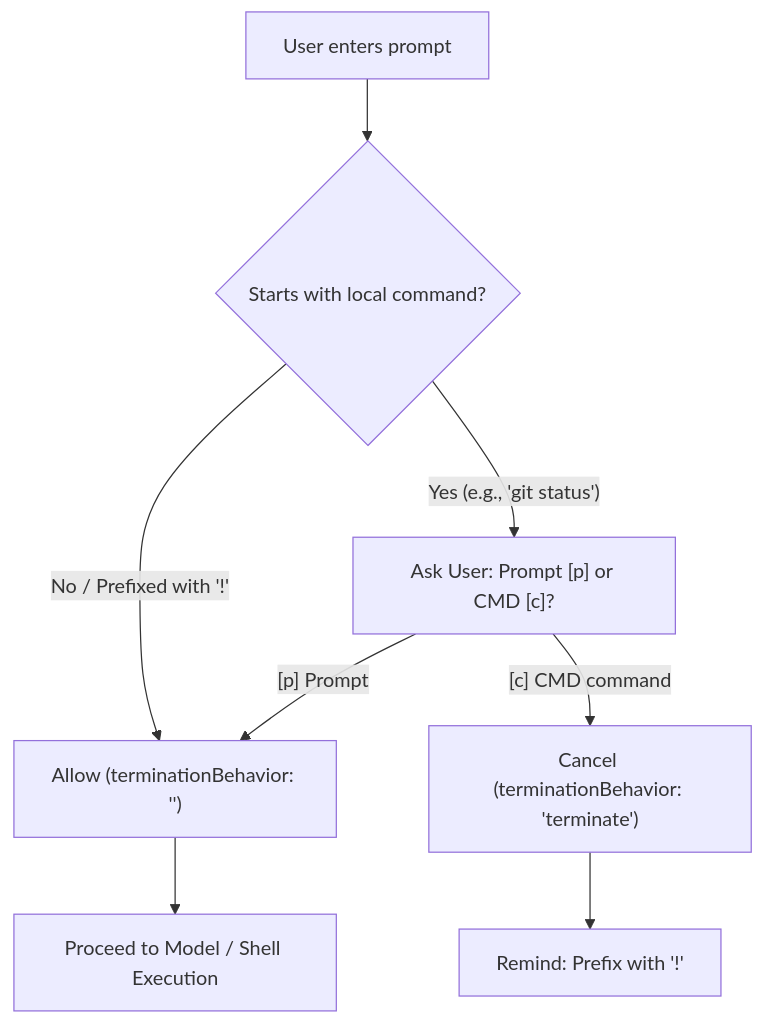
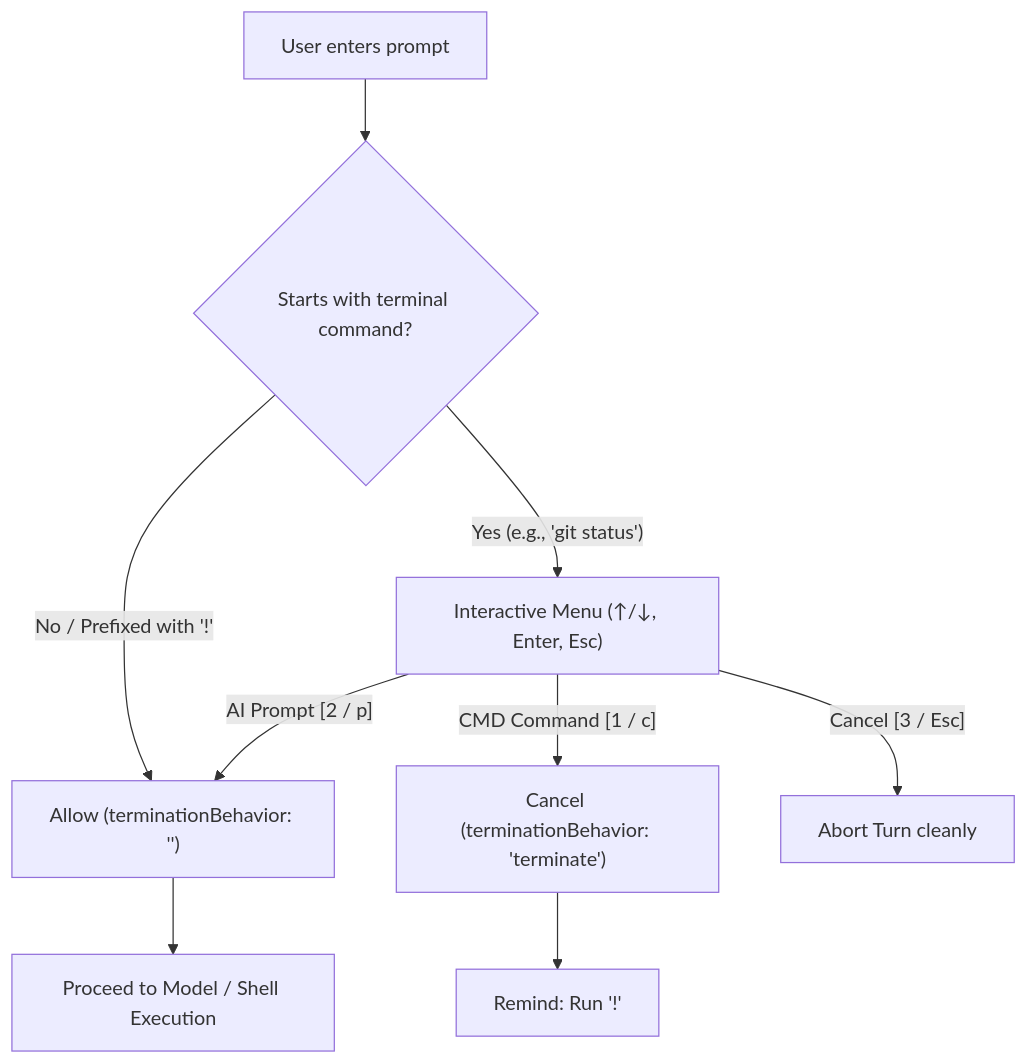
Before and after one commit to adublanche/antigravity-bash-guard: the diagram in README.md, drawn with Mermaid. The commit also changed other lines of this file and 1 other file, not shown here.

Commit message:
feat: implement interactive arrow-key selector with Enter and Escape navigation

````diff
--- a/README.md
+++ b/README.md
@@ -50,8 +53,9 @@
 ```mermaid
 flowchart TD
-    A[User enters prompt] --> B{Starts with local command?}
+    A[User enters prompt] --> B{Starts with terminal command?}
     B -- "No / Prefixed with '!'" --> C["Allow (terminationBehavior: '')"] --> D[Proceed to Model / Shell Execution]
-    B -- "Yes (e.g., 'git status')" --> E["Ask User: Prompt [p] or CMD [c]?"]
-    E -- "[p] Prompt" --> C
-    E -- "[c] CMD command" --> F["Cancel (terminationBehavior: 'terminate')"] --> G["Remind: Prefix with '!'"]
+    B -- "Yes (e.g., 'git status')" --> E["Interactive Menu (↑/↓, Enter, Esc)"]
+    E -- "AI Prompt [2 / p]" --> C
+    E -- "CMD Command [1 / c]" --> F["Cancel (terminationBehavior: 'terminate')"] --> G["Remind: Run '!<cmd>'"]
+    E -- "Cancel [3 / Esc]" --> H["Abort Turn cleanly"]
 ```
````
